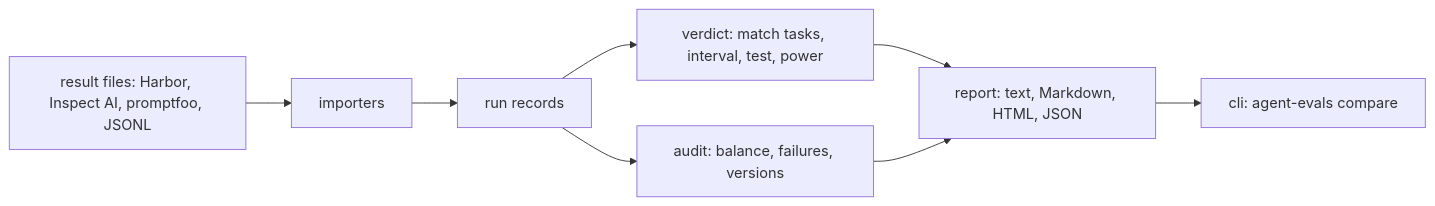
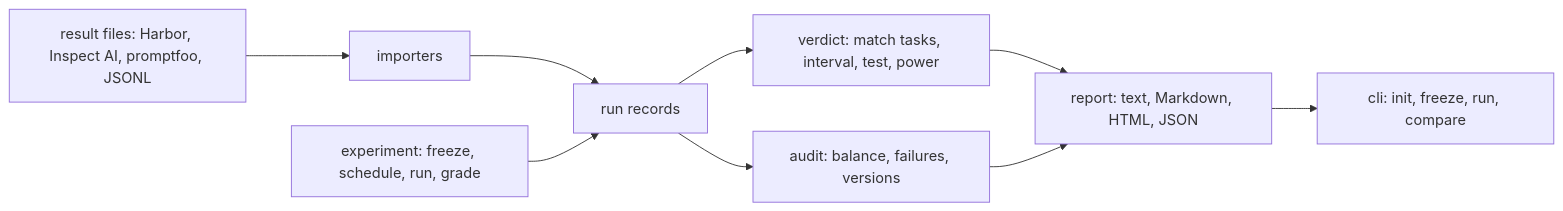
Before and after one commit to theonly1me/agent-evals: the diagram in docs/architecture/README.md, drawn with Mermaid. The commit also changed other lines of this file and 37 other files, not shown here.

First line of the commit message:
feat: run a frozen experiment with agent-evals init, freeze, and run (#15)

````diff
--- a/docs/architecture/README.md
+++ b/docs/architecture/README.md
@@ -5,10 +5,11 @@
 ```mermaid
 flowchart LR
   Files["result files: Harbor, Inspect AI, promptfoo, JSONL"] --> Importers["importers"]
   Importers --> Records["run records"]
+  Experiment["experiment: freeze, schedule, run, grade"] --> Records
   Records --> Verdict["verdict: match tasks, interval, test, power"]
   Records --> Audit["audit: balance, failures, versions"]
   Verdict --> Report["report: text, Markdown, HTML, JSON"]
   Audit --> Report
-  Report --> Cli["cli: agent-evals compare"]
+  Report --> Cli["cli: init, freeze, run, compare"]
 ```
````
